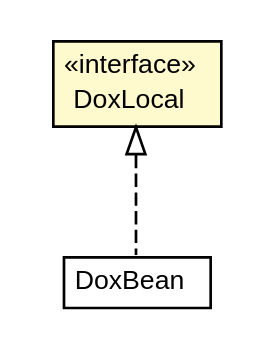
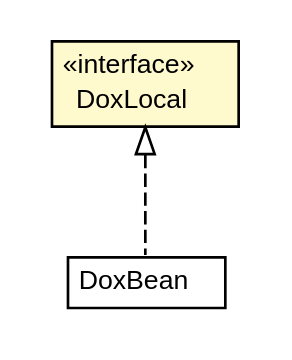
Before and after one commit to trajano/doxdb: the diagram in doxdb-rest/apidocs/net/trajano/doxdb/ejb/DoxLocal.dot, drawn with Graphviz. The commit also changed 166 other files, not shown here.

```diff
--- a/doxdb-rest/apidocs/net/trajano/doxdb/ejb/DoxLocal.dot
+++ b/doxdb-rest/apidocs/net/trajano/doxdb/ejb/DoxLocal.dot
@@ -1,27 +1,27 @@
 #!/usr/local/bin/dot
 #
 # Class diagram 
 # Generated by UMLGraph version R5_6-24-gf6e263 (http://www.umlgraph.org/)
 #
 
 digraph G {
-	edge [fontname="arial",fontsize=10,labelfontname="arial",labelfontsize=10];
-	node [fontname="arial",fontsize=10,shape=plaintext];
+	edge [fontname="Helvetica",fontsize=10,labelfontname="Helvetica",labelfontsize=10];
+	node [fontname="Helvetica",fontsize=10,shape=plaintext];
 	nodesep=0.25;
 	ranksep=0.5;
+	// net.trajano.doxdb.ejb.DoxBean
+	c101 [label=<<table title="net.trajano.doxdb.ejb.DoxBean" border="0" cellborder="1" cellspacing="0" cellpadding="2" port="p" href="./DoxBean.html">
+		<tr><td><table border="0" cellspacing="0" cellpadding="1">
+<tr><td align="center" balign="center"> DoxBean </td></tr>
+		</table></td></tr>
+		</table>>, URL="./DoxBean.html", fontname="Helvetica", fontcolor="black", fontsize=10.0];
 	// net.trajano.doxdb.ejb.DoxLocal
-	c103 [label=<<table title="net.trajano.doxdb.ejb.DoxLocal" border="0" cellborder="1" cellspacing="0" cellpadding="2" port="p" bgcolor="lemonChiffon" href="./DoxLocal.html">
+	c102 [label=<<table title="net.trajano.doxdb.ejb.DoxLocal" border="0" cellborder="1" cellspacing="0" cellpadding="2" port="p" bgcolor="lemonChiffon" href="./DoxLocal.html">
 		<tr><td><table border="0" cellspacing="0" cellpadding="1">
 <tr><td align="center" balign="center"> &#171;interface&#187; </td></tr>
 <tr><td align="center" balign="center"> DoxLocal </td></tr>
 		</table></td></tr>
-		</table>>, URL="./DoxLocal.html", fontname="arial", fontcolor="black", fontsize=10.0];
-	// net.trajano.doxdb.ejb.DoxBean
-	c104 [label=<<table title="net.trajano.doxdb.ejb.DoxBean" border="0" cellborder="1" cellspacing="0" cellpadding="2" port="p" href="./DoxBean.html">
-		<tr><td><table border="0" cellspacing="0" cellpadding="1">
-<tr><td align="center" balign="center"> DoxBean </td></tr>
-		</table></td></tr>
-		</table>>, URL="./DoxBean.html", fontname="arial", fontcolor="black", fontsize=10.0];
+		</table>>, URL="./DoxLocal.html", fontname="Helvetica", fontcolor="black", fontsize=10.0];
 	//net.trajano.doxdb.ejb.DoxBean implements net.trajano.doxdb.ejb.DoxLocal
-	c103:p -> c104:p [dir=back,arrowtail=empty,style=dashed];
+	c102:p -> c101:p [dir=back,arrowtail=empty,style=dashed];
 }
```
